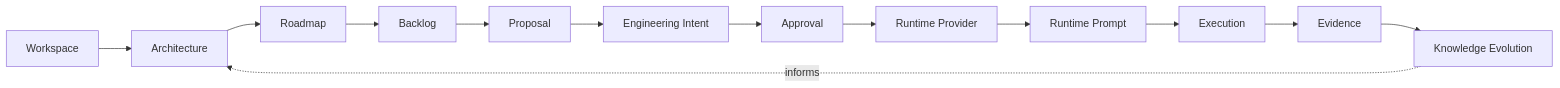
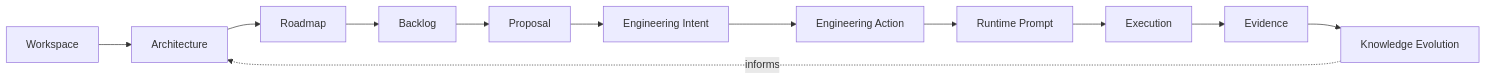
The second of 10 diagrams in docs/architecture/FORGE_FOUNDING_ARCHITECTURE_HANDBOOK.md (pcvantol/forge), drawn with Mermaid before and after one commit. The commit also changed other lines of this file and 15 other files, not shown here.

Commit message:
docs: introduce engineering action architecture

````diff
--- a/docs/architecture/FORGE_FOUNDING_ARCHITECTURE_HANDBOOK.md
+++ b/docs/architecture/FORGE_FOUNDING_ARCHITECTURE_HANDBOOK.md
@@ -140,8 +141,8 @@
 ```mermaid
 flowchart LR
     W[Workspace] --> A[Architecture] --> R[Roadmap] --> B[Backlog]
-    B --> P[Proposal] --> I[Engineering Intent] --> AP[Approval]
-    AP --> RP[Runtime Provider] --> PR[Runtime Prompt] --> X[Execution]
+    B --> P[Proposal] --> I[Engineering Intent] --> AC[Engineering Action]
+    AC --> PR[Runtime Prompt] --> X[Execution]
     X --> E[Evidence] --> KE[Knowledge Evolution]
     KE -. informs .-> A
 ```
````
